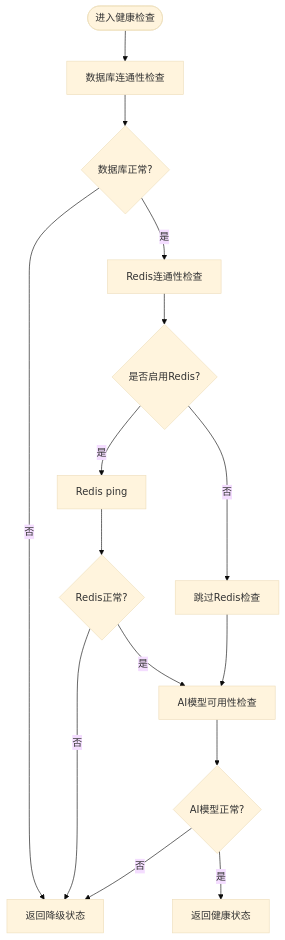
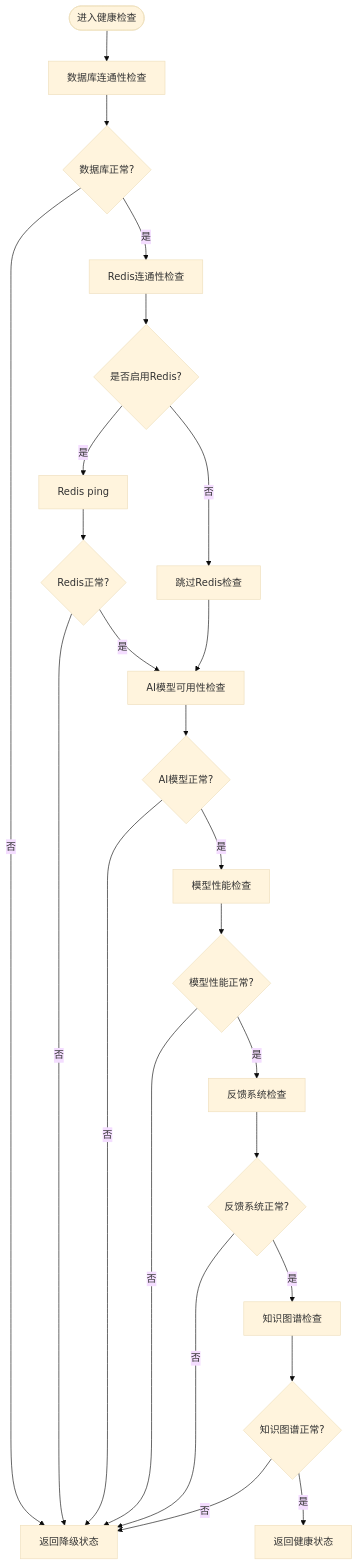
The third of 5 diagrams in .qoder/repowiki/zh/content/系统管理/监控告警系统.md (dream-ze/AI_huoke-), drawn with Mermaid (base theme) before and after one commit. The commit also changed other lines of this file and 220 other files, not shown here.

````diff
--- a/.qoder/repowiki/zh/content/系统管理/监控告警系统.md
+++ b/.qoder/repowiki/zh/content/系统管理/监控告警系统.md
@@ -140,17 +194,26 @@
 ```mermaid
 flowchart TD
 Start(["进入健康检查"]) --> DBCheck["数据库连通性检查"]
 DBCheck --> DBOK{"数据库正常?"}
 DBOK --> |否| Fail["返回降级状态"]
 DBOK --> |是| RedisCheck["Redis连通性检查"]
 RedisCheck --> RedisEnabled{"是否启用Redis?"}
 RedisEnabled --> |否| SkipRedis["跳过Redis检查"]
 RedisEnabled --> |是| RedisPing["Redis ping"]
 RedisPing --> RedisOK{"Redis正常?"}
 RedisOK --> |否| Fail
 RedisOK --> |是| OllamaCheck["AI模型可用性检查"]
 SkipRedis --> OllamaCheck
 OllamaCheck --> OllamaOK{"AI模型正常?"}
 OllamaOK --> |否| Fail
-OllamaOK --> |是| OK["返回健康状态"]
+OllamaOK --> |是| ModelPerfCheck["模型性能检查"]
+ModelPerfCheck --> ModelOK{"模型性能正常?"}
+ModelOK --> |否| Fail
+ModelOK --> |是| FeedbackCheck["反馈系统检查"]
+FeedbackCheck --> FeedbackOK{"反馈系统正常?"}
+FeedbackOK --> |否| Fail
+FeedbackOK --> |是| GraphCheck["知识图谱检查"]
+GraphCheck --> GraphOK{"知识图谱正常?"}
+GraphOK --> |否| Fail
+GraphOK --> |是| OK["返回健康状态"]
 ```
````
